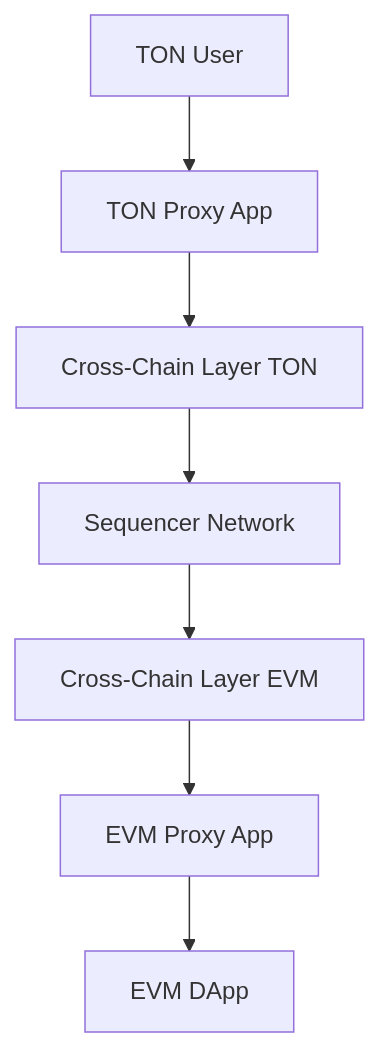
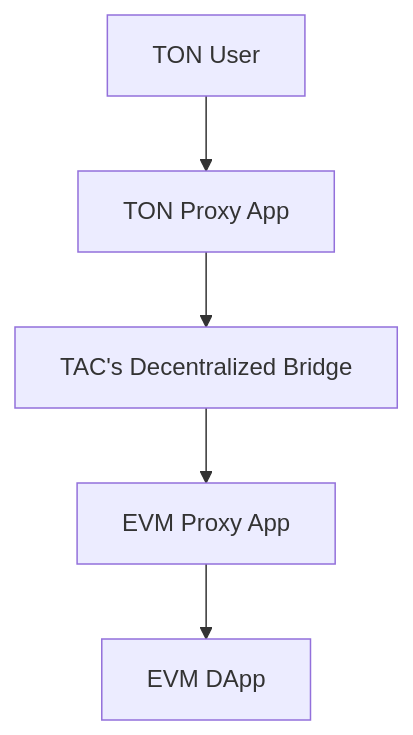
The first of 2 diagrams in get-started/architecture.mdx (suhailkakar/tac-docs), drawn with Mermaid before and after one commit. The commit also changed 5 other files, not shown here.

````diff
--- a/get-started/architecture.mdx
+++ b/get-started/architecture.mdx
@@ -16,9 +16,7 @@
 ```mermaid
 flowchart TB
    User[TON User] --> TONProxy[TON Proxy App]
-   TONProxy --> CrossChainTON[Cross-Chain Layer TON]
-   CrossChainTON --> SeqNetwork[Sequencer Network]
-   SeqNetwork --> CrossChainEVM[Cross-Chain Layer EVM]
-   CrossChainEVM --> EVMProxy[EVM Proxy App]
+   TONProxy --> DecentralizedBridge[TAC's Decentralized Bridge]
+   DecentralizedBridge --> EVMProxy[EVM Proxy App]
    EVMProxy --> DApp[EVM DApp]
 ```
````
